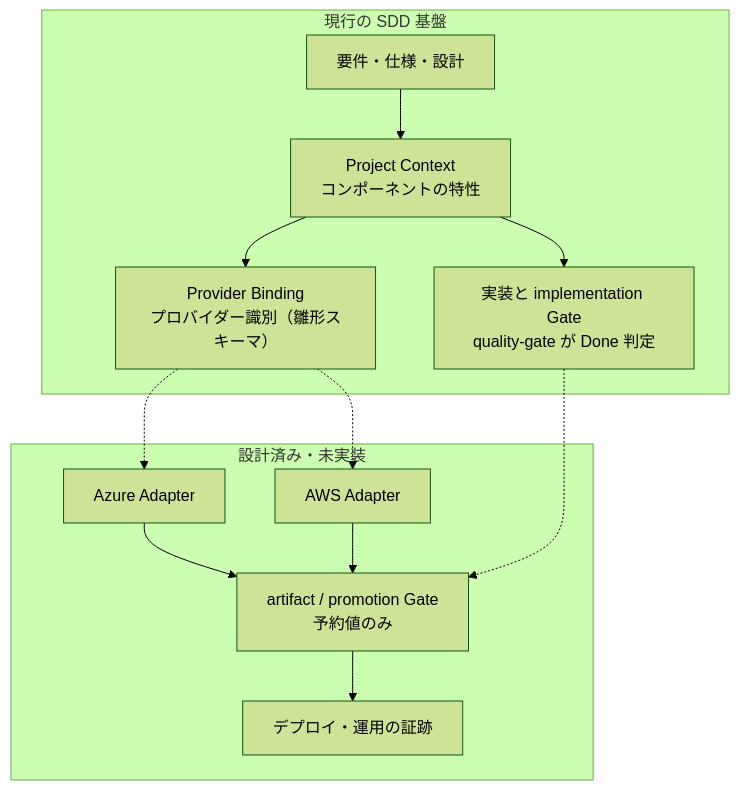
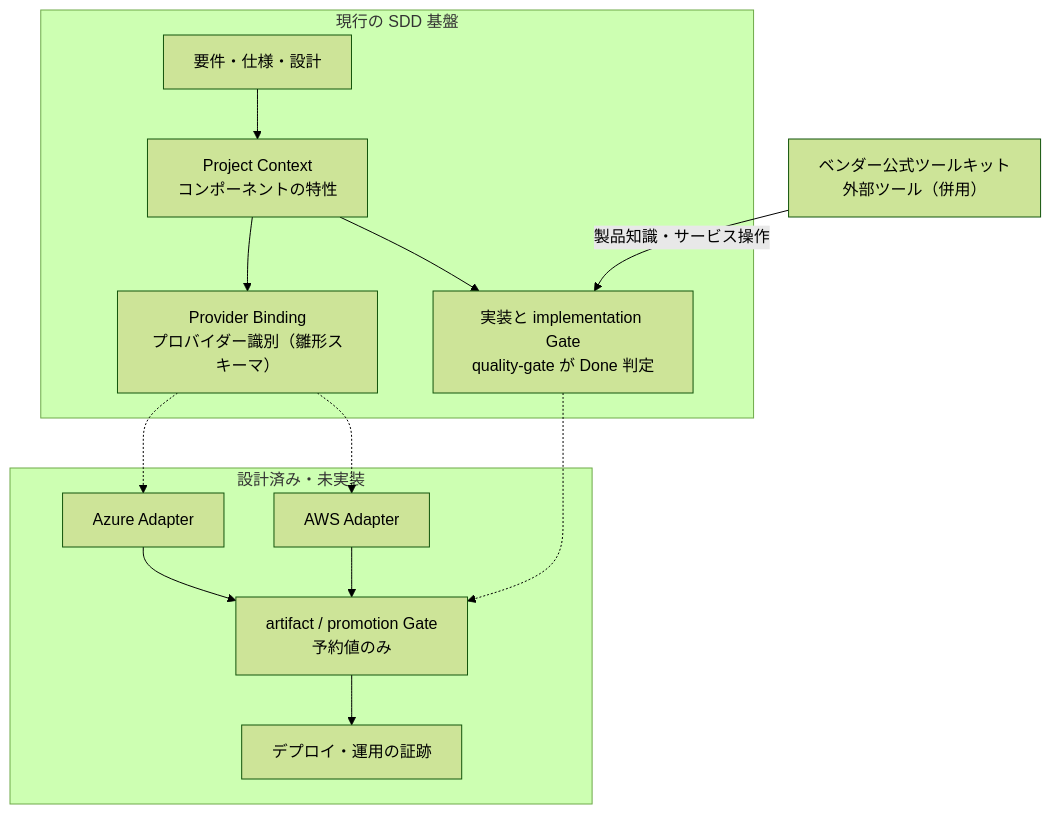
The first of 2 diagrams in docs/cloud/README.md (aharada54914/sdd-forge), drawn with Mermaid (forest theme) before and after one commit. The commit also changed other lines of this file and 4 other files, not shown here.

````diff
--- a/docs/cloud/README.md
+++ b/docs/cloud/README.md
@@ -26,23 +27,25 @@
 ```mermaid
 flowchart TB
     subgraph CORE["現行の SDD 基盤"]
         A["要件・仕様・設計"]
         B["Project Context<br/>コンポーネントの特性"]
         C["実装と implementation Gate<br/>quality-gate が Done 判定"]
         D["Provider Binding<br/>プロバイダー識別（雛形スキーマ）"]
         A --> B --> C
         B --> D
     end
+    V["ベンダー公式ツールキット<br/>外部ツール（併用）"]
     subgraph PLAN["設計済み・未実装"]
         E["Azure Adapter"]
         F["AWS Adapter"]
         G["artifact / promotion Gate<br/>予約値のみ"]
         H["デプロイ・運用の証跡"]
         E --> G
         F --> G
         G --> H
     end
     D -.-> E
     D -.-> F
     C -.-> G
+    V -->|"製品知識・サービス操作"| C
 ```
````
